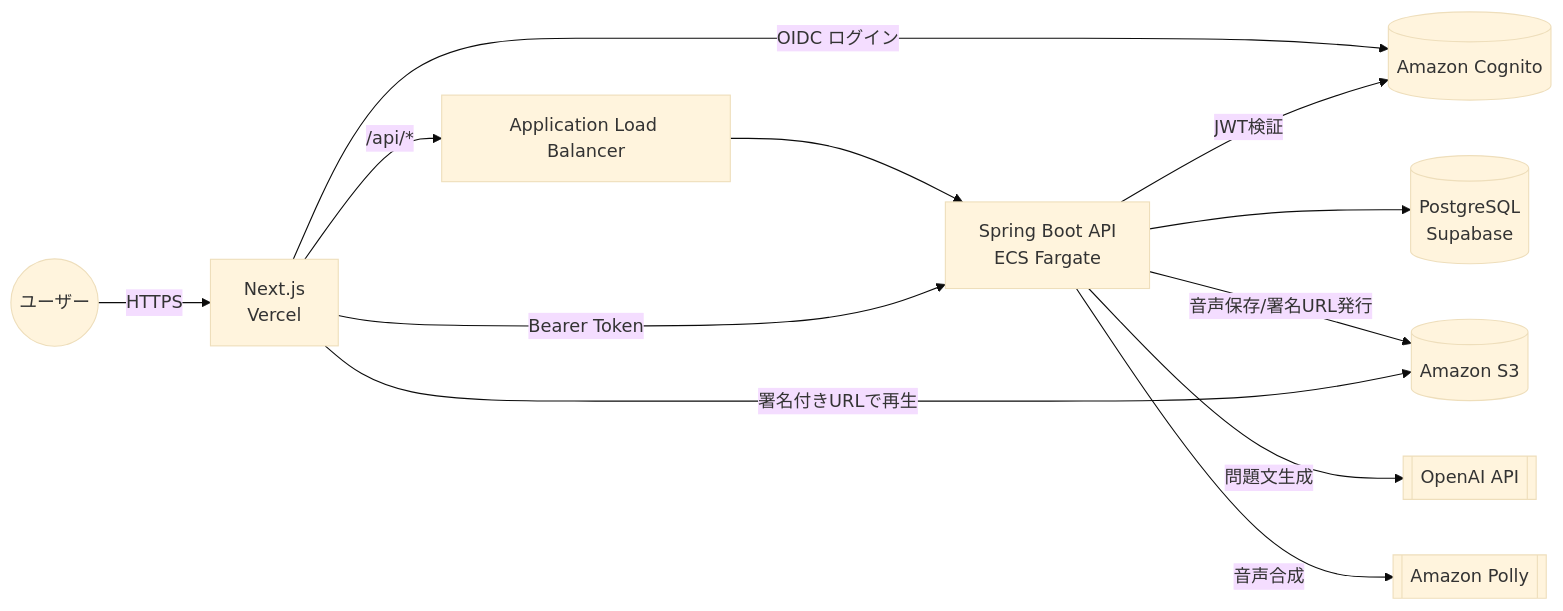
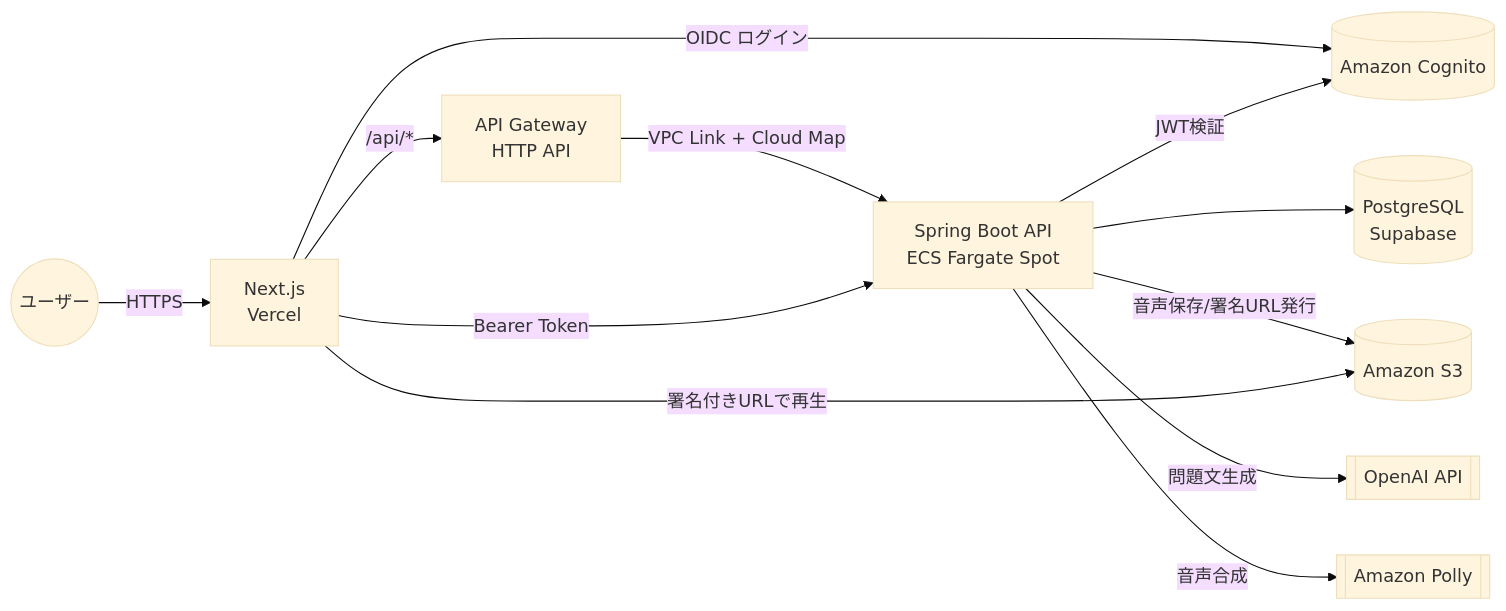
One commit to h-fujiwara-dev/ielts-creater changed the first of 2 diagrams in docs/システム要件定義書.md. Above: the diagram before and after it, drawn with Mermaid (base theme). The commit also changed other lines of this file and 2 other files, not shown here.

````diff
--- a/docs/システム要件定義書.md
+++ b/docs/システム要件定義書.md
@@ -248,14 +249,14 @@
 ```mermaid
 flowchart LR
     User((ユーザー)) -->|HTTPS| Web[Next.js<br/>Vercel]
-    Web -->|"/api/*"| ALB[Application Load Balancer]
-    ALB --> Api[Spring Boot API<br/>ECS Fargate]
+    Web -->|"/api/*"| APIGW[API Gateway<br/>HTTP API]
+    APIGW -->|VPC Link + Cloud Map| Api[Spring Boot API<br/>ECS Fargate Spot]
     Web -->|OIDC ログイン| Cognito[(Amazon Cognito)]
     Web -->|Bearer Token| Api
     Api -->|JWT検証| Cognito
     Api --> Supabase[(PostgreSQL<br/>Supabase)]
     Api -->|音声保存/署名URL発行| S3[(Amazon S3)]
     Api -->|問題文生成| OpenAI[[OpenAI API]]
     Api -->|音声合成| Polly[[Amazon Polly]]
     Web -->|署名付きURLで再生| S3
 ```
````
